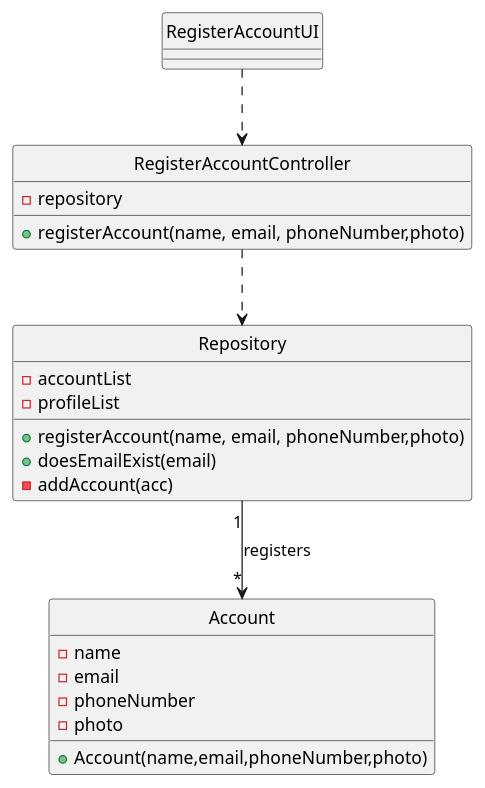
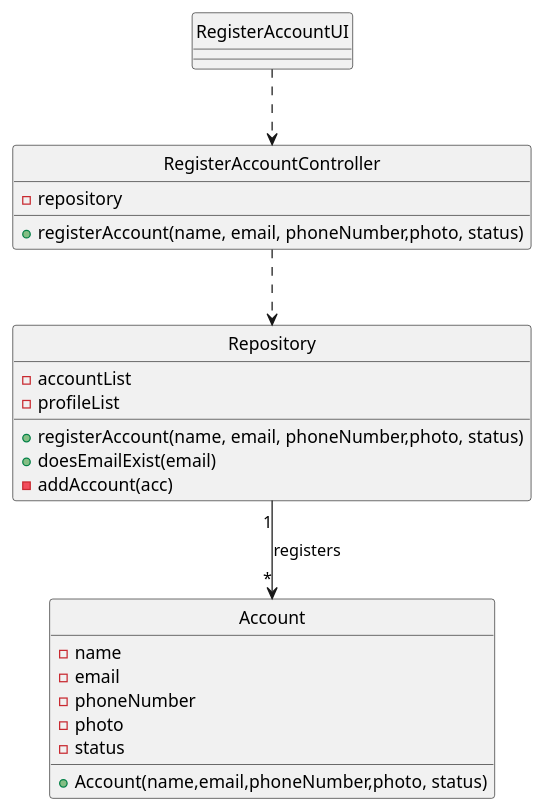
Before and after one commit to Loracline/project_switch_22-23: the diagram in docs/modelling_design/user_stories/us002/US002_Class_Diagram.puml, drawn with PlantUML. The commit also changed 13 other files, not shown here.

First line of the commit message:
US005,006: Development -ChangeStatusController and respective tests;  -Refinement of class and sequence diagram.

```diff
--- a/docs/modelling_design/user_stories/us002/US002_Class_Diagram.puml
+++ b/docs/modelling_design/user_stories/us002/US002_Class_Diagram.puml
@@ -1,37 +1,38 @@
 @startuml
 'https://plantuml.com/class-diagram
 
 class "RegisterAccountUI"{
 }
 
 class "RegisterAccountController" {
-+registerAccount(name, email, phoneNumber,photo)
++registerAccount(name, email, phoneNumber,photo, status)
 -repository
 }
 
 class "Repository" {
-+registerAccount(name, email, phoneNumber,photo)
++registerAccount(name, email, phoneNumber,photo, status)
 +doesEmailExist(email)
 -accountList
 -profileList
 -addAccount(acc)
 }
 
 class "Account" {
 -name
 -email
 -phoneNumber
 -photo
-+Account(name,email,phoneNumber,photo)
+-status
++Account(name,email,phoneNumber,photo, status)
 }
 
 hide "Account" circle
 hide "RegisterAccountController" circle
 hide "RegisterAccountUI" circle
 hide "Repository" circle
 
 "RegisterAccountUI" ..>  "RegisterAccountController"
 "RegisterAccountController" ..>  "Repository"
 "Repository" "1" --> "*" "Account": registers
 
 @enduml
```
